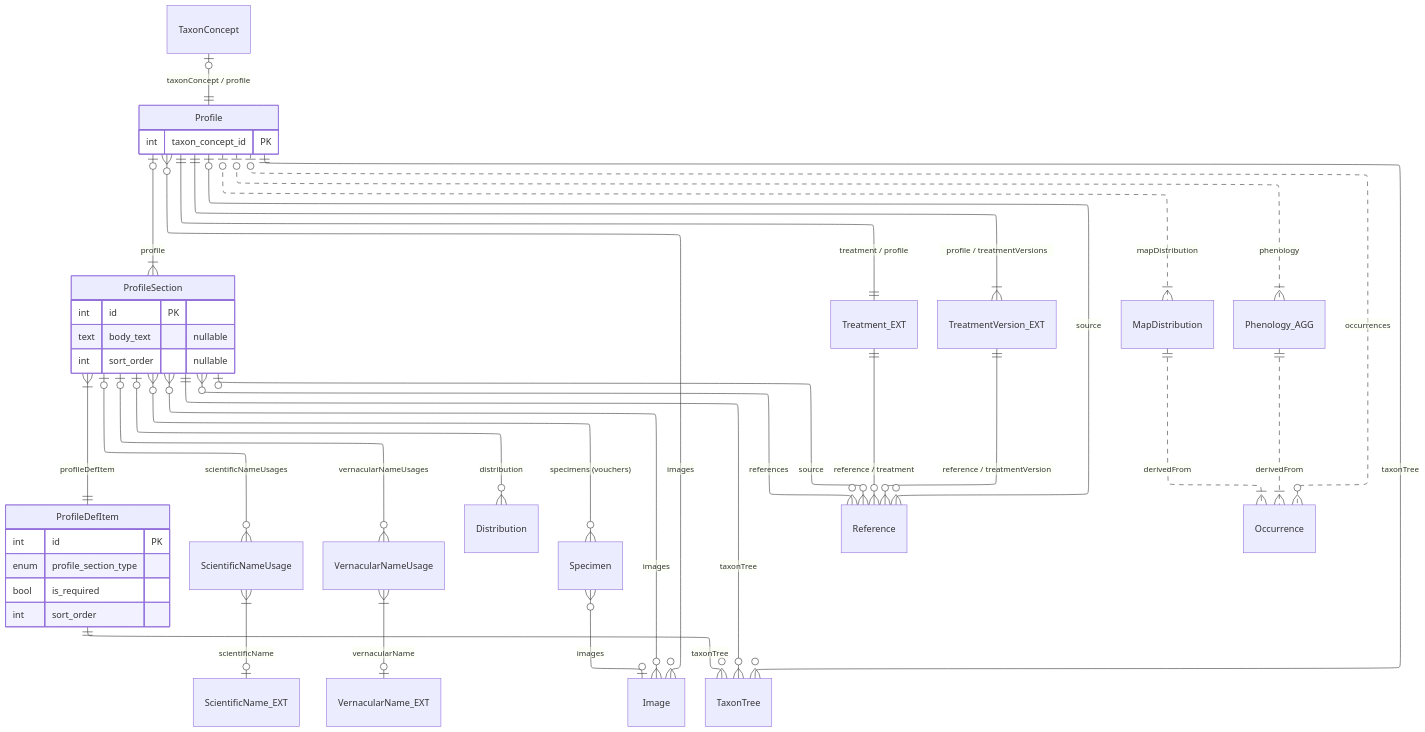
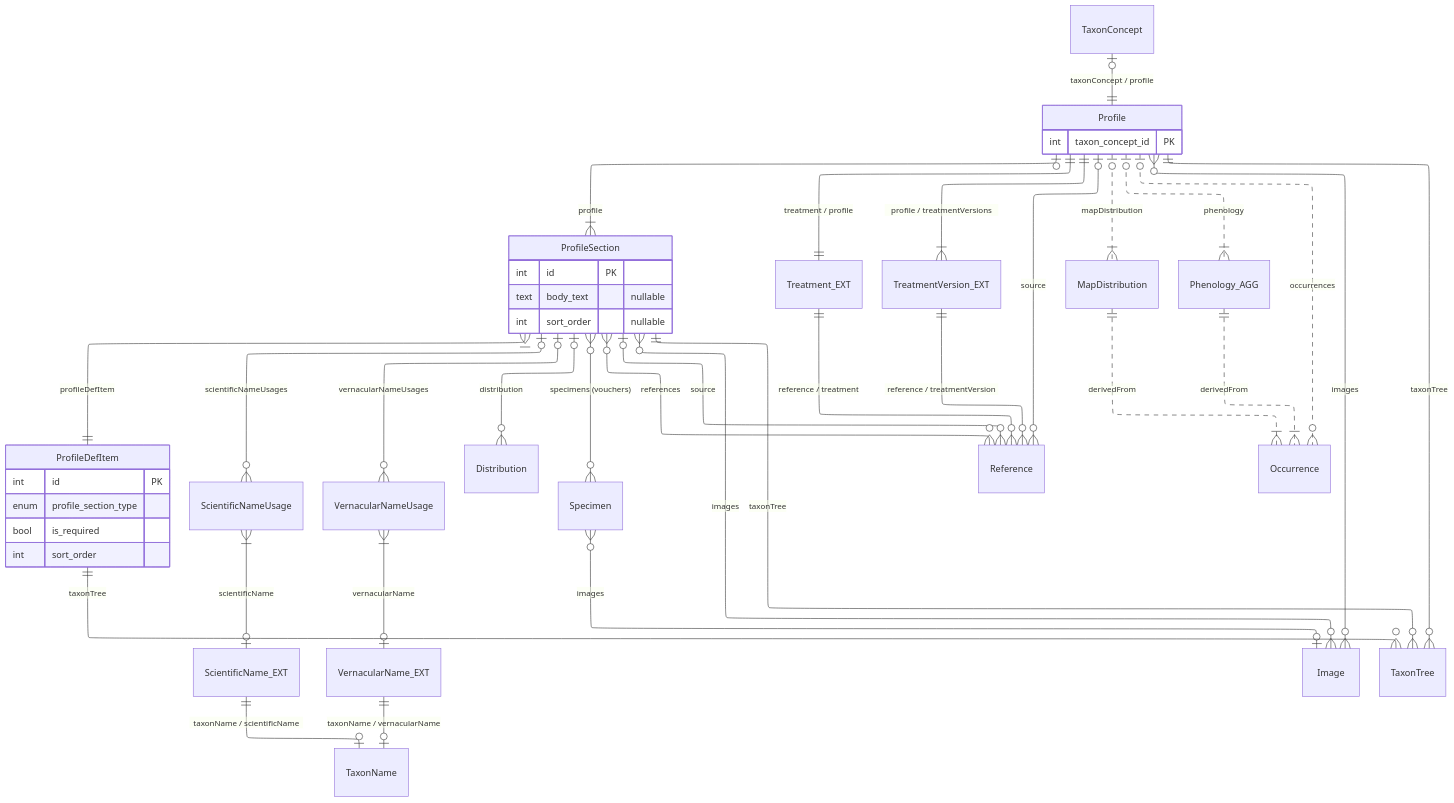
Before and after one commit to vicflora/vicflora-docs: the diagram in source/_mermaid/layer-5a-profile.mmd, drawn with Mermaid.

Commit message:
Commit uncommitted  changes before deployment

```diff
--- a/source/_mermaid/layer-5a-profile.mmd
+++ b/source/_mermaid/layer-5a-profile.mmd
@@ -1,67 +1,69 @@
 ---
 config:
     layout: elk
 ---
 erDiagram
   TaxonConcept |o--|| Profile : "taxonConcept / profile"
 
   %% Sections
   Profile |o--|{ ProfileSection : "profile"
   ProfileSection }|--|| ProfileDefItem : "profileDefItem"
 
   %% Nomenclature
   ProfileSection |o--o{ ScientificNameUsage : "scientificNameUsages"
   ScientificNameUsage }|--o| ScientificName_EXT : "scientificName"
+  ScientificName_EXT ||--o| TaxonName : "taxonName / scientificName"
 
   %% Vernacular names
   ProfileSection |o--o{ VernacularNameUsage : "vernacularNameUsages"
   VernacularNameUsage }|--o| VernacularName_EXT : "vernacularName"
+  VernacularName_EXT ||--o| TaxonName : "taxonName / vernacularName"
 
   %% Distribution
   ProfileSection |o--o{ Distribution : "distribution"
 
   %% Vouchers
   ProfileSection }o--o{ Specimen : "specimens (vouchers)"
   Specimen }o--o| Image : "images"
 
   %% Media
   Profile }o--o{ Image : "images"
   ProfileSection }o--o{ Image : "images"
 
   %% References
   ProfileSection |o--o{ Reference : "source"
   Profile ||--|| Treatment_EXT : "treatment / profile"
   Treatment_EXT ||--o{ Reference : "reference / treatment" 
   Profile ||--|{ TreatmentVersion_EXT : "profile / treatmentVersions"
   TreatmentVersion_EXT ||--o{ Reference : "reference / treatmentVersion"
   Profile |o--o{ Reference : "source"
   ProfileSection }o--o{ Reference : "references"
 
   %% Namespace
   Profile ||--o{ TaxonTree : "taxonTree"
   ProfileSection ||--o{ TaxonTree : "taxonTree"
   ProfileDefItem ||--o{ TaxonTree : "taxonTree"
 
   %% Maps
   Profile |o..o{ Occurrence : "occurrences"
   Profile |o..|{ MapDistribution : "mapDistribution"
   Profile |o..|{ Phenology_AGG : "phenology"
   MapDistribution ||..|{ Occurrence : "derivedFrom"
   Phenology_AGG ||..|{ Occurrence : "derivedFrom"
 
   Profile {
     int taxon_concept_id PK
   }
 
   ProfileDefItem {
     int id PK
     enum profile_section_type
     bool is_required
     int sort_order
   }
 
   ProfileSection {
     int id PK
     text body_text "nullable"
     int sort_order "nullable"
   }
```
